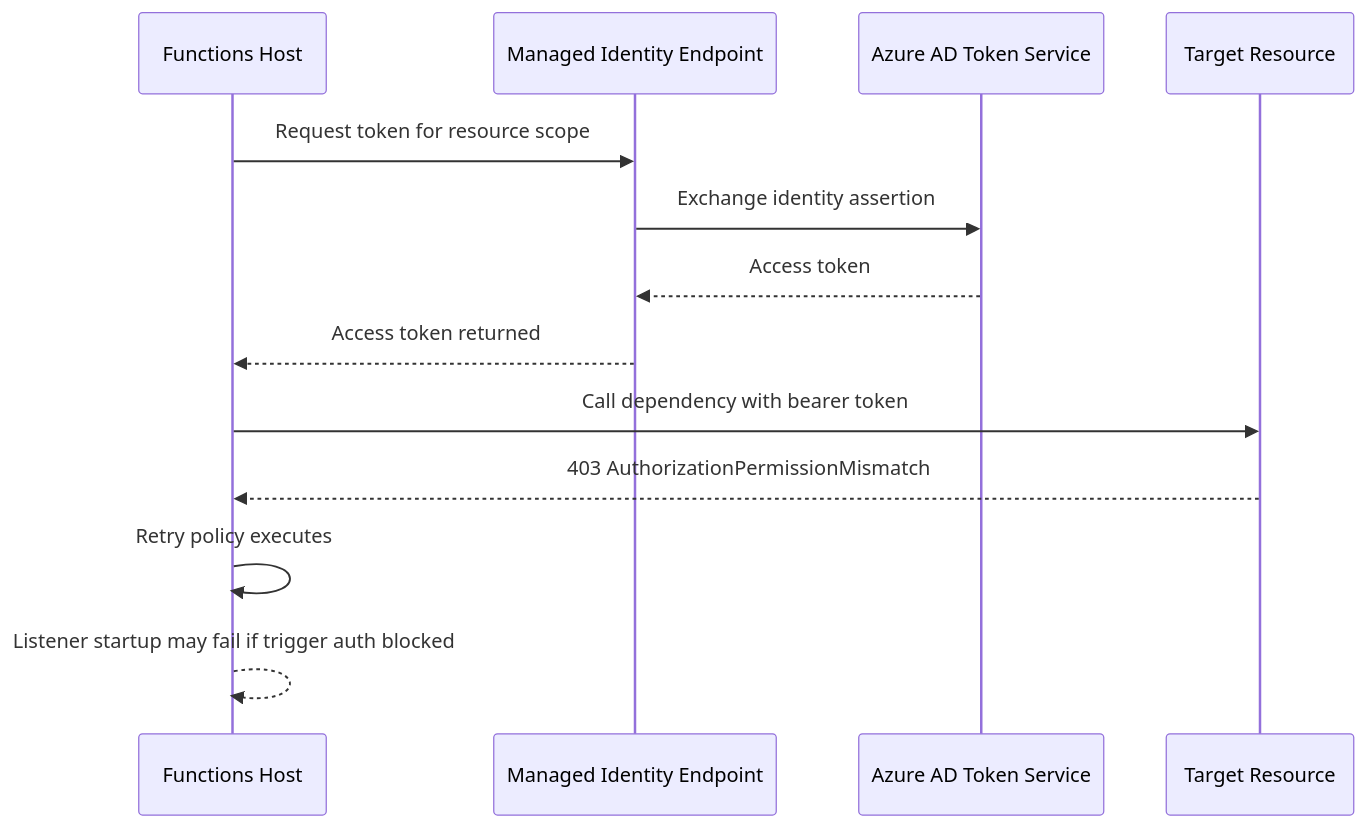
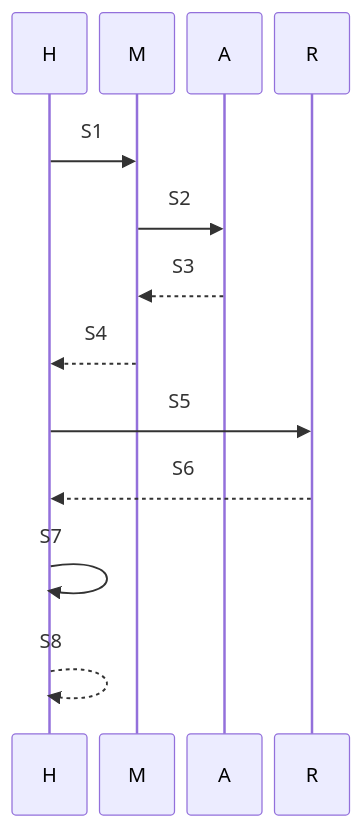
One commit to yeongseon/azure-functions-practical-guide changed the second of 4 diagrams in docs/troubleshooting/playbooks/auth-config/managed-identity-rbac-failure.md. Above: the diagram before and after it, drawn with Mermaid. The commit also changed other lines of this file and 2 other files, not shown here.

First line of the commit message:
docs(diagrams): migrate Functions playbooks auth-config — app settings misconfiguration and managed identity rbac failure (#453)

````diff
--- a/docs/troubleshooting/playbooks/auth-config/managed-identity-rbac-failure.md
+++ b/docs/troubleshooting/playbooks/auth-config/managed-identity-rbac-failure.md
@@ -134,15 +160,18 @@
 ```mermaid
+%%{init: {"sequence":{"width":60,"actorMargin":10,"diagramMarginX":0,"wrap":true}}}%%
 sequenceDiagram
-    participant H as Functions Host
-    participant M as Managed Identity Endpoint
-    participant A as Azure AD Token Service
-    participant R as Target Resource
-    H->>M: Request token for resource scope
-    M->>A: Exchange identity assertion
-    A-->>M: Access token
-    M-->>H: Access token returned
-    H->>R: Call dependency with bearer token
-    R-->>H: 403 AuthorizationPermissionMismatch
-    H->>H: Retry policy executes
-    H-->>H: Listener startup may fail if trigger auth blocked
+    accTitle: Token acquisition before authorization failure
+    accDescr: Illustrative eight-message sequence preserving host, managed identity endpoint, token service and target resource roles. Internal exchange and retry details are teaching abstractions; listener failure is conditional on trigger authorization being blocked.
+    participant H as H
+    participant M as M
+    participant A as A
+    participant R as R
+    H->>M: S1
+    M->>A: S2
+    A-->>M: S3
+    M-->>H: S4
+    H->>R: S5
+    R-->>H: S6
+    H->>H: S7
+    H-->>H: S8
 ```
````
